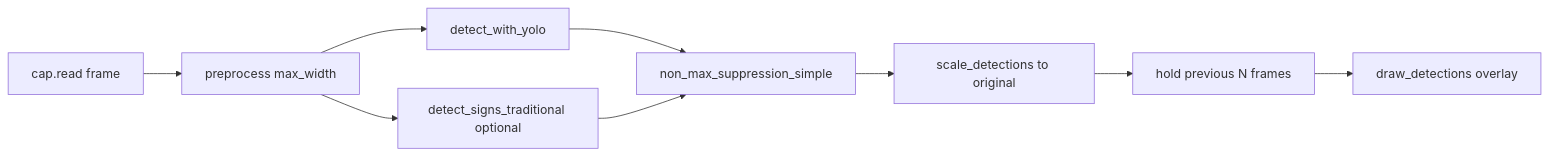
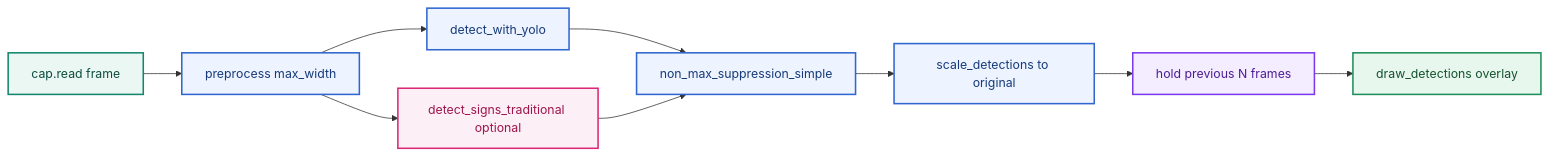
One commit to LeNguyenHaiDuong/adas-tsr changed the first of 11 diagrams in research/2.research_tsr_baseline_analysis.md. Above: the diagram before and after it, drawn with Mermaid. The commit also changed other lines of this file and 5 other files, not shown here.

Commit message:
Add mermaid color

````diff
--- a/research/2.research_tsr_baseline_analysis.md
+++ b/research/2.research_tsr_baseline_analysis.md
@@ -31,11 +46,22 @@
 ```mermaid
 flowchart LR
     A[cap.read frame] --> B[preprocess max_width]
     B --> C[detect_with_yolo]
     B --> D[detect_signs_traditional optional]
     C --> E[non_max_suppression_simple]
     D --> E
     E --> F[scale_detections to original]
     F --> G[hold previous N frames]
     G --> H[draw_detections overlay]
+
+    classDef source fill:#EAF7F2,stroke:#14866D,color:#0F4C3F,stroke-width:2px;
+    classDef feature fill:#EDF3FF,stroke:#2F66D0,color:#173B7A,stroke-width:2px;
+    classDef temporal fill:#F4ECFF,stroke:#7C3AED,color:#4C1D95,stroke-width:2px;
+    classDef support fill:#FCEFF5,stroke:#DB2777,color:#9D174D,stroke-width:2px;
+    classDef integration fill:#E8F7EE,stroke:#1E8E5A,color:#14532D,stroke-width:2px;
+    class A source;
+    class B,C,E,F feature;
+    class D support;
+    class G temporal;
+    class H integration;
 ```
````
